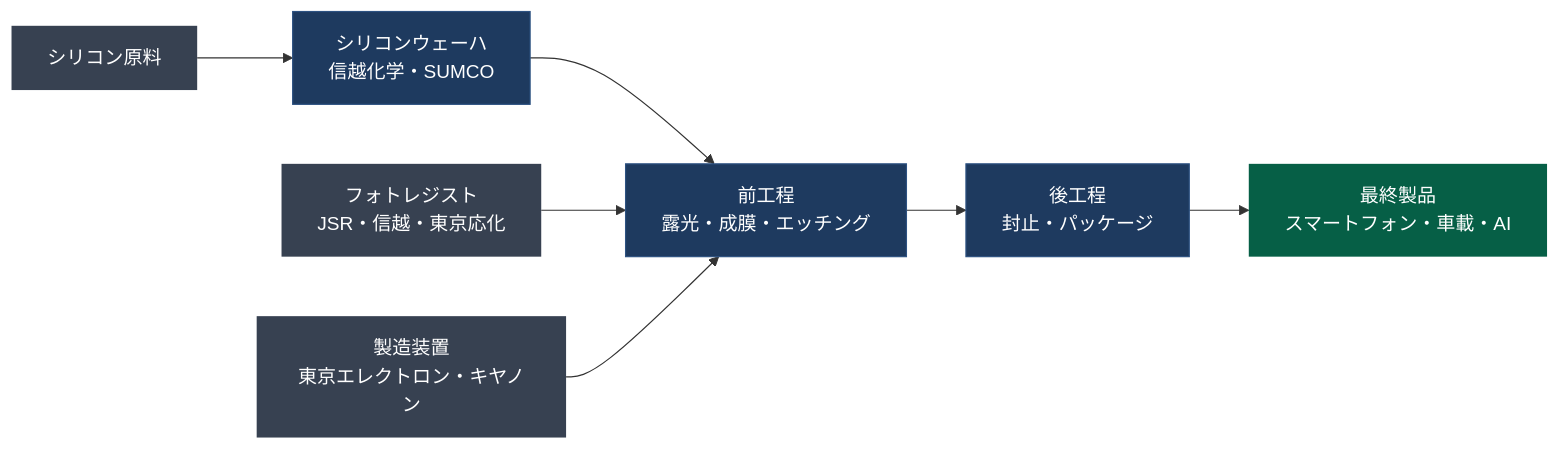
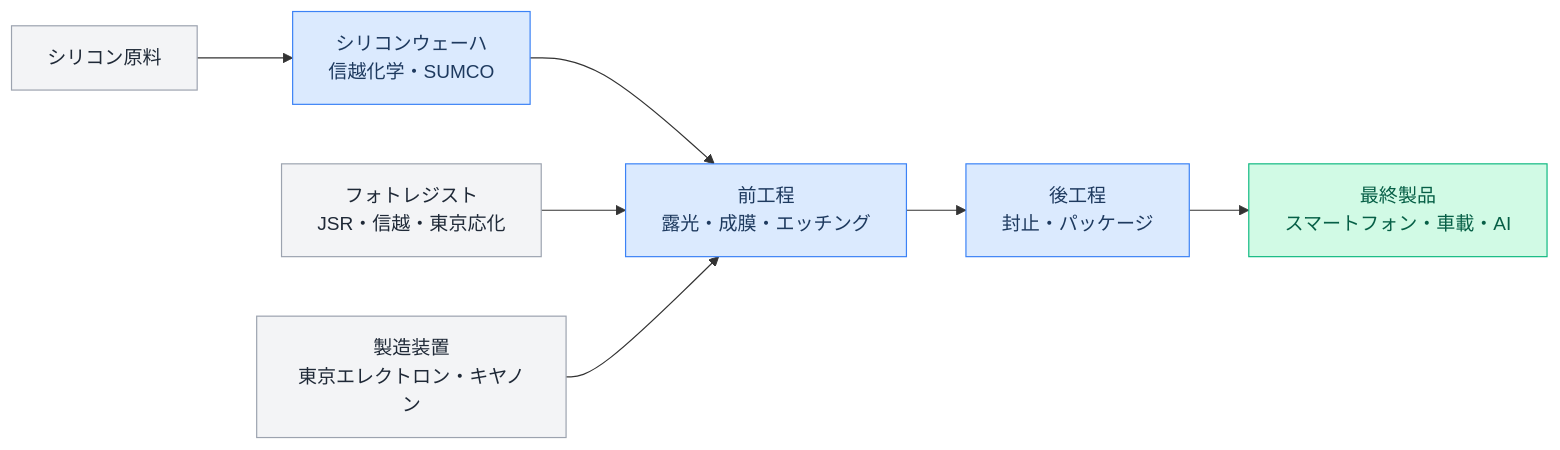
The diagram in src/content/industry/japan-semiconductor/_index.ja.md (nanjakorewa/GeoGuessrTips), drawn with Mermaid before and after one commit. The commit also changed other lines of this file and 6 other files, not shown here.

```diff
--- a/src/content/industry/japan-semiconductor/_index.ja.md
+++ b/src/content/industry/japan-semiconductor/_index.ja.md
@@ -141,16 +155,16 @@
 {{% mermaid %}}
 graph LR
   A["シリコン原料"]-->B["シリコンウェーハ<br/>信越化学・SUMCO"]
   B-->C["前工程<br/>露光・成膜・エッチング"]
   C-->D["後工程<br/>封止・パッケージ"]
   D-->E["最終製品<br/>スマートフォン・車載・AI"]
   F["フォトレジスト<br/>JSR・信越・東京応化"]-->C
   G["製造装置<br/>東京エレクトロン・キヤノン"]-->C
-  style A fill:#374151,color:#fff,stroke:none
-  style F fill:#374151,color:#fff,stroke:none
-  style G fill:#374151,color:#fff,stroke:none
-  style B fill:#1e3a5f,color:#fff,stroke:#2d5282
-  style C fill:#1e3a5f,color:#fff,stroke:#2d5282
-  style D fill:#1e3a5f,color:#fff,stroke:#2d5282
-  style E fill:#065f46,color:#fff,stroke:none
+  style A fill:#f3f4f6,color:#1f2937,stroke:#9ca3af
+  style F fill:#f3f4f6,color:#1f2937,stroke:#9ca3af
+  style G fill:#f3f4f6,color:#1f2937,stroke:#9ca3af
+  style B fill:#dbeafe,color:#1e3a5f,stroke:#3b82f6
+  style C fill:#dbeafe,color:#1e3a5f,stroke:#3b82f6
+  style D fill:#dbeafe,color:#1e3a5f,stroke:#3b82f6
+  style E fill:#d1fae5,color:#065f46,stroke:#10b981
 {{% /mermaid %}}
```
